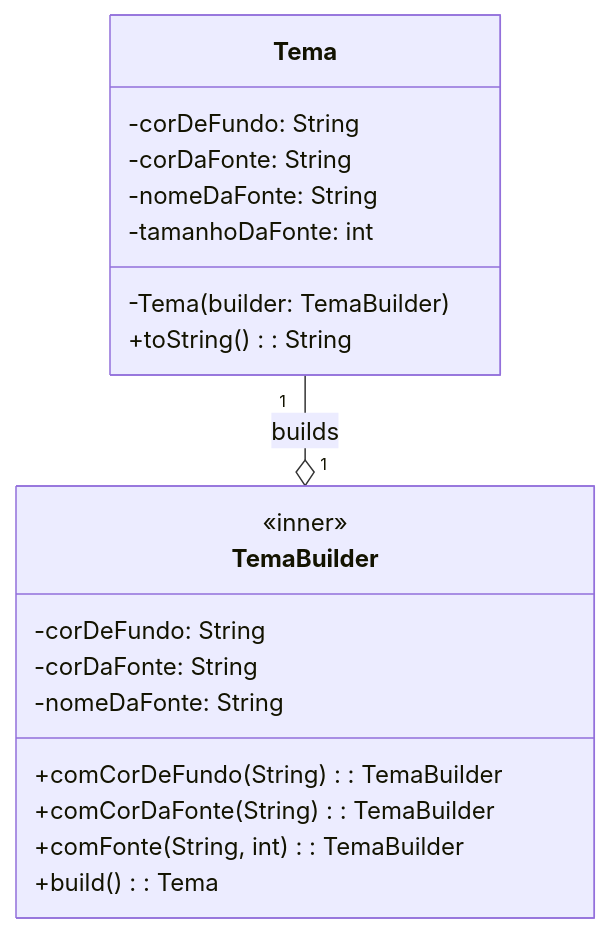
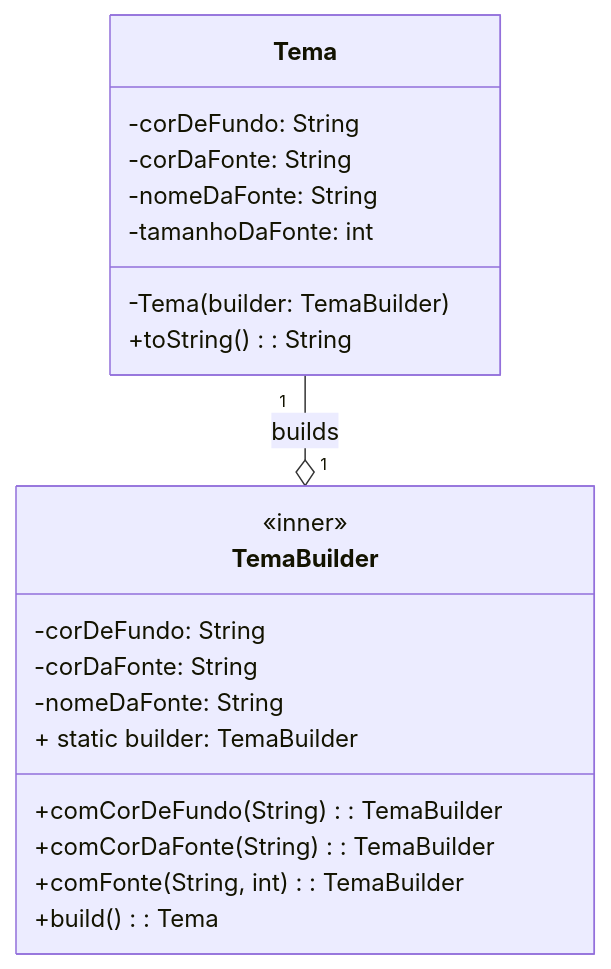
The first of 2 diagrams in 1-criacionais/5-exercicio.md (delanohelio/aps), drawn with Mermaid before and after one commit.

````diff
--- a/1-criacionais/5-exercicio.md
+++ b/1-criacionais/5-exercicio.md
@@ -16,24 +16,25 @@
 ```mermaid
 classDiagram
     class Tema {
         -corDeFundo: String
         -corDaFonte: String
         -nomeDaFonte: String
         -tamanhoDaFonte: int
         -Tema(builder: TemaBuilder)
         +toString(): String
     }
 
     class TemaBuilder {
         <<inner>>
         -corDeFundo: String
         -corDaFonte: String
         -nomeDaFonte: String
+        + static builder: TemaBuilder
         +comCorDeFundo(String): TemaBuilder
         +comCorDaFonte(String): TemaBuilder
         +comFonte(String, int): TemaBuilder
         +build(): Tema
     }
 
     Tema "1" --o "1" TemaBuilder : builds
 ```
````
